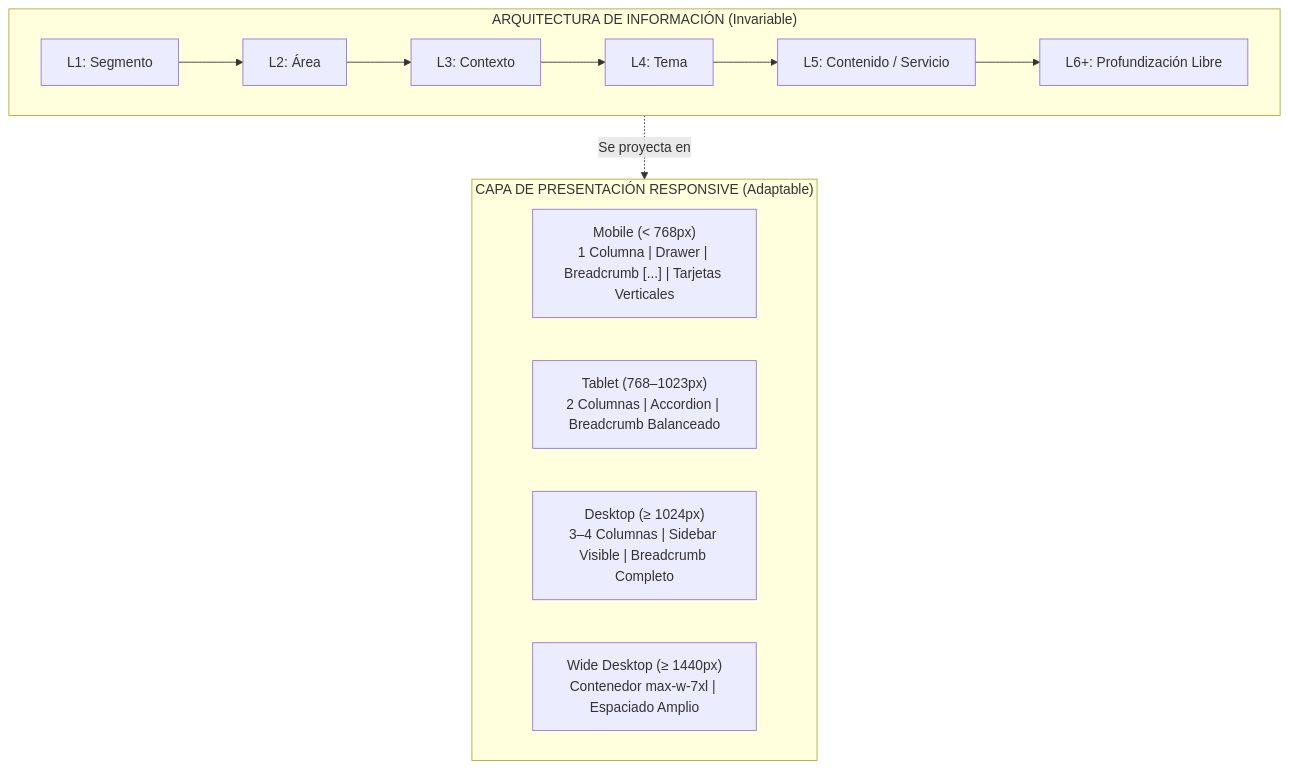
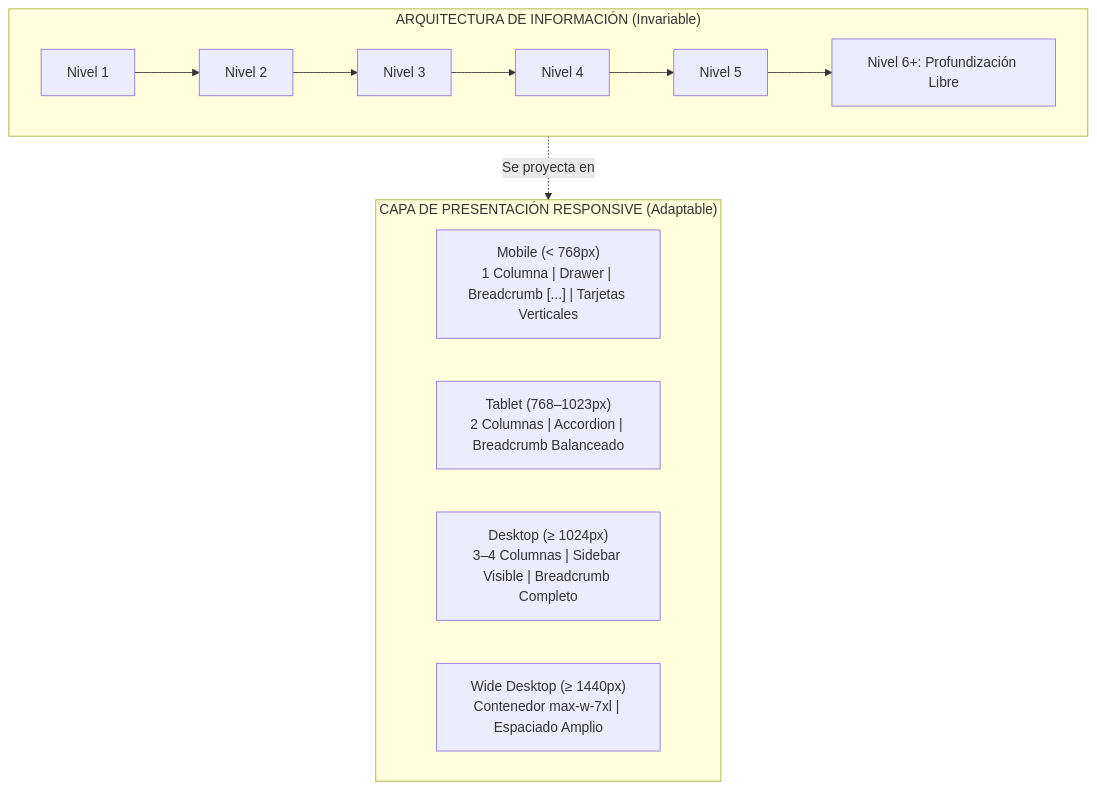
One commit to elKevin24/SAT changed the first of 2 diagrams in docs/diseno-normativa/PLAN_RESPONSIVE_MOBILE_FIRST.md. Above: the diagram before and after it, drawn with Mermaid. The commit also changed 4 other files, not shown here.

First line of the commit message:
refactor: standardize Information Architecture levels

````diff
--- a/docs/diseno-normativa/PLAN_RESPONSIVE_MOBILE_FIRST.md
+++ b/docs/diseno-normativa/PLAN_RESPONSIVE_MOBILE_FIRST.md
@@ -12,19 +12,19 @@
 ```mermaid
 flowchart TD
     subgraph IA ["ARQUITECTURA DE INFORMACIÓN (Invariable)"]
-        L1["L1: Segmento"] --> L2["L2: Área"]
-        L2 --> L3["L3: Contexto"]
-        L3 --> L4["L4: Tema"]
-        L4 --> L5["L5: Contenido / Servicio"]
-        L5 --> L6["L6+: Profundización Libre"]
+        L1["Nivel 1"] --> L2["Nivel 2"]
+        L2 --> L3["Nivel 3"]
+        L3 --> L4["Nivel 4"]
+        L4 --> L5["Nivel 5"]
+        L5 --> L6["Nivel 6+: Profundización Libre"]
     end
 
     subgraph PRESENTACION ["CAPA DE PRESENTACIÓN RESPONSIVE (Adaptable)"]
         M["Mobile (< 768px)\n1 Columna | Drawer | Breadcrumb [...] | Tarjetas Verticales"]
         T["Tablet (768–1023px)\n2 Columnas | Accordion | Breadcrumb Balanceado"]
         D["Desktop (≥ 1024px)\n3–4 Columnas | Sidebar Visible | Breadcrumb Completo"]
         W["Wide Desktop (≥ 1440px)\nContenedor max-w-7xl | Espaciado Amplio"]
     end
 
     IA -. "Se proyecta en" .-> PRESENTACION
 ```
````
